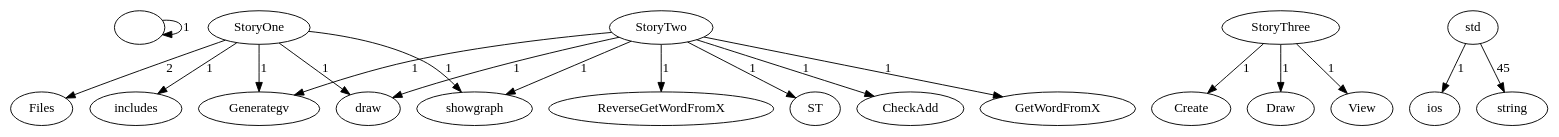
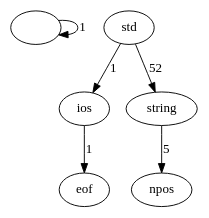
Before and after one commit to Work-In-Progress-Bananna-Knife/A-La-Projet-Un-: the diagram in Data.gv, drawn with Graphviz. The commit also changed 3 other files, not shown here.

```diff
--- a/Data.gv
+++ b/Data.gv
@@ -1,20 +1,7 @@
 digraph foo{
 ""->""[label = "1"];
-"StoryOne"->"Files"[label = "2"];
-"StoryOne"->"Generategv"[label = "1"];
-"StoryOne"->"draw"[label = "1"];
-"StoryOne"->"includes"[label = "1"];
-"StoryOne"->"showgraph"[label = "1"];
-"StoryThree"->"Create"[label = "1"];
-"StoryThree"->"Draw"[label = "1"];
-"StoryThree"->"View"[label = "1"];
-"StoryTwo"->"CheckAdd"[label = "1"];
-"StoryTwo"->"Generategv"[label = "1"];
-"StoryTwo"->"GetWordFromX"[label = "1"];
-"StoryTwo"->"ReverseGetWordFromX"[label = "1"];
-"StoryTwo"->"ST"[label = "1"];
-"StoryTwo"->"draw"[label = "1"];
-"StoryTwo"->"showgraph"[label = "1"];
+"ios"->"eof"[label = "1"];
 "std"->"ios"[label = "1"];
-"std"->"string"[label = "45"];
+"std"->"string"[label = "52"];
+"string"->"npos"[label = "5"];
 }
```
